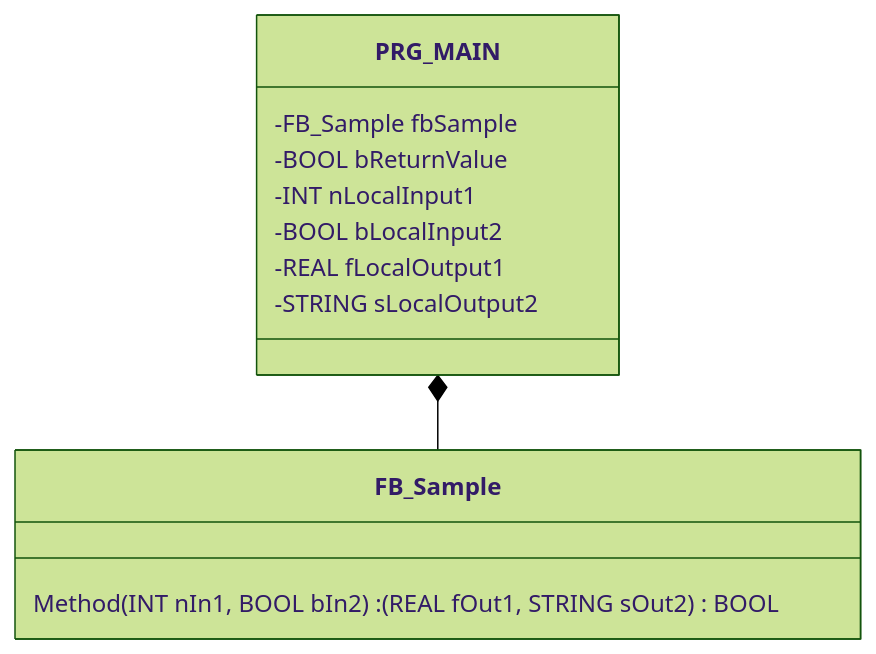
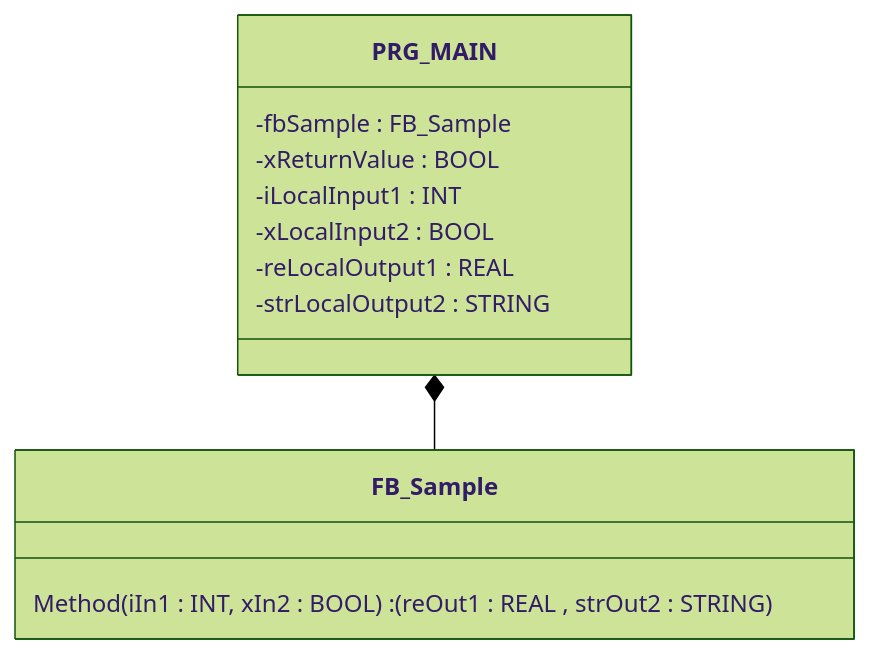
The second of 8 diagrams in AAut_MOD_01_IEC_61131_OOP_Introduction/Programmation_IEC_61131_3_FR.md (hei-synd-aaut/aaut-docs), drawn with Mermaid (forest theme) before and after one commit. The commit also changed other lines of this file and 1 other file, not shown here.

````diff
--- a/AAut_MOD_01_IEC_61131_OOP_Introduction/Programmation_IEC_61131_3_FR.md
+++ b/AAut_MOD_01_IEC_61131_OOP_Introduction/Programmation_IEC_61131_3_FR.md
@@ -194,17 +194,17 @@
 ```mermaid
 classDiagram
   class FB_Sample {
-    Method(INT nIn1, BOOL bIn2) : (REAL fOut1, STRING sOut2) BOOL
+    Method(iIn1 : INT, xIn2 : BOOL) : (reOut1 : REAL , strOut2 : STRING)
   }
 
 class PRG_MAIN {
-  -FB_Sample fbSample
-  -BOOL bReturnValue
-  -INT nLocalInput1
-  -BOOL bLocalInput2
-  -REAL fLocalOutput1
-  -STRING sLocalOutput2
+  -fbSample : FB_Sample 
+  -xReturnValue : BOOL
+  -iLocalInput1 : INT 
+  -xLocalInput2 : BOOL 
+  -reLocalOutput1 : REAL 
+  -strLocalOutput2 : STRING 
   }
 
   PRG_MAIN *-- FB_Sample
 ```
````
